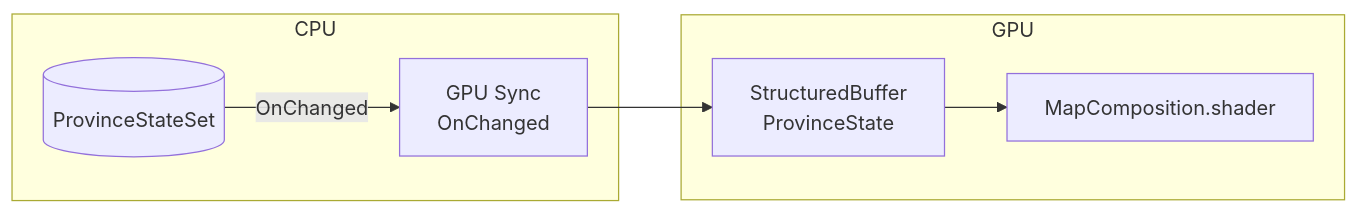
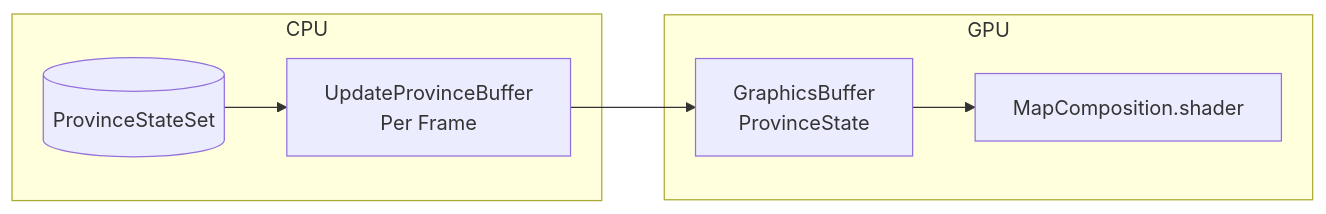
The second of 5 diagrams in en/samples/tiny-history-demo/reactive-entity-sets.md (tang3cko/ReactiveSO-docs), drawn with Mermaid before and after one commit. The commit also changed other lines of this file and 5 other files, not shown here.

````diff
--- a/en/samples/tiny-history-demo/reactive-entity-sets.md
+++ b/en/samples/tiny-history-demo/reactive-entity-sets.md
@@ -111,14 +111,14 @@
 ```mermaid
 graph LR
     subgraph "CPU"
         P_SET[(ProvinceStateSet)]
-        SYNC[GPU Sync<br/>OnChanged]
+        UPDATE[UpdateProvinceBuffer<br/>Per Frame]
     end
 
     subgraph "GPU"
-        P_BUF[StructuredBuffer<br/>ProvinceState]
+        P_BUF[GraphicsBuffer<br/>ProvinceState]
         SHADER[MapComposition.shader]
     end
 
-    P_SET --> |OnChanged| SYNC --> P_BUF --> SHADER
+    P_SET --> UPDATE --> P_BUF --> SHADER
 ```
````
